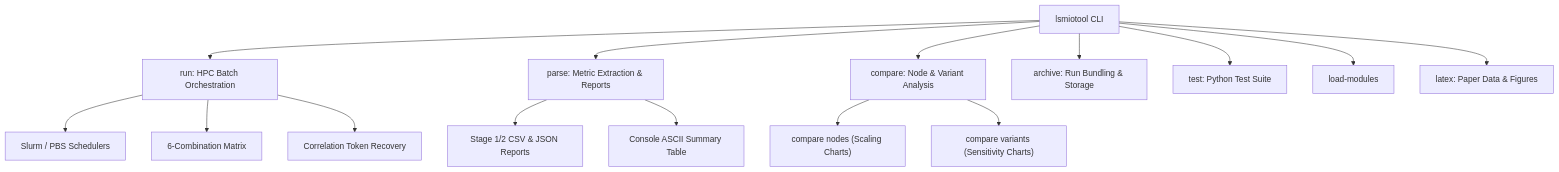
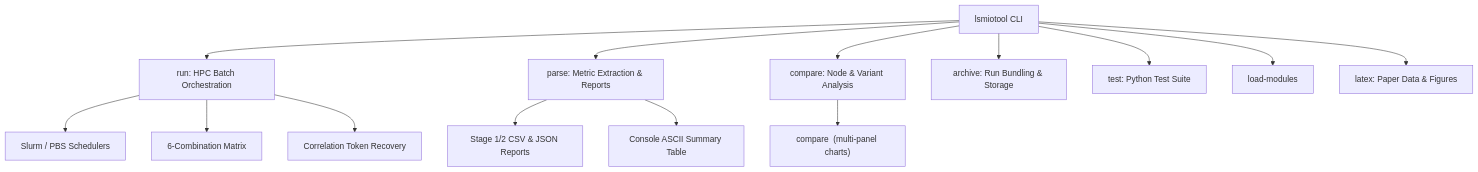
The diagram in tools/README.md (tybulut/lsmio), drawn with Mermaid before and after one commit. The commit also changed other lines of this file and 19 other files, not shown here.

````diff
--- a/tools/README.md
+++ b/tools/README.md
@@ -19,20 +19,19 @@
 ```mermaid
 graph TD
     CLI["lsmiotool CLI"] --> RUN["run: HPC Batch Orchestration"]
     CLI --> PARSE["parse: Metric Extraction & Reports"]
     CLI --> COMPARE["compare: Node & Variant Analysis"]
     CLI --> ARCHIVE["archive: Run Bundling & Storage"]
     CLI --> TEST["test: Python Test Suite"]
     CLI --> ENV["load-modules"]
     CLI --> LATEX["latex: Paper Data & Figures"]
 
     RUN --> SCHED["Slurm / PBS Schedulers"]
     RUN --> MATRIX["6-Combination Matrix"]
     RUN --> RECOVERY["Correlation Token Recovery"]
 
     PARSE --> REPORTS["Stage 1/2 CSV & JSON Reports"]
     PARSE --> ASCII["Console ASCII Summary Table"]
 
-    COMPARE --> PLOT_NODES["compare nodes (Scaling Charts)"]
-    COMPARE --> PLOT_VAR["compare variants (Sensitivity Charts)"]
+    COMPARE --> PLOT_MULTI["compare <lsmio|ior|epocpp|variants> (multi-panel charts)"]
 ```
````
